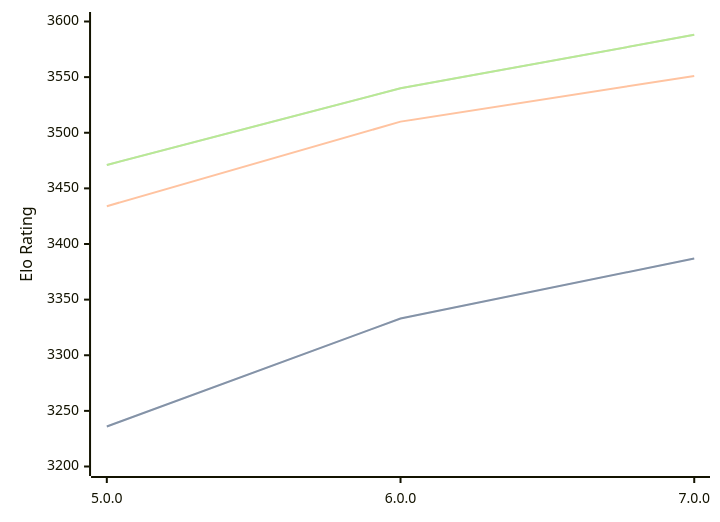
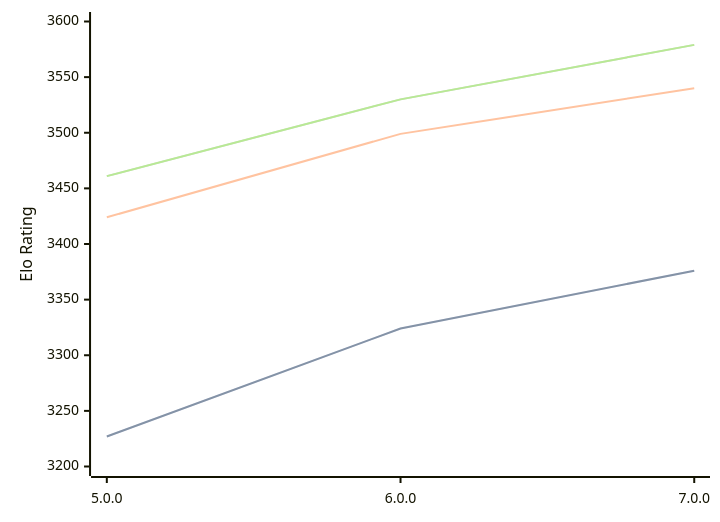
One commit to computer-chess-index/cci changed the diagram in engines/Stormphrax.md. Above: the diagram before and after it, drawn with Mermaid. The commit also changed other lines of this file, not shown here.

Commit message:
Update CCI Ratings (ELO VLTC) - 2026-03-19

````diff
--- a/engines/Stormphrax.md
+++ b/engines/Stormphrax.md
@@ -36,11 +36,11 @@
 ```mermaid
 %%{init: {"theme":"base","themeVariables":{"seriesColors:['#a3a3a3','#222221','#faa371']}}}%%
 xychart-beta
   x-axis ["5.0.0", "6.0.0", "7.0.0"]
   y-axis "Elo Rating" 3200 --> 3600
-  line "STC (8.0+0.08s)" [3236, 3333, 3387]
-  line "STC (8.0+0.08s)" [3236, 3333, 3387]
-  line "LTC (60.0+0.60s)" [3434, 3510, 3551]
-  line "VLTC (2m24s+1.12s)" [3471, 3540, 3588]
-  line "VLTC (2m24s+1.12s)" [3471, 3540, 3588]
+  line "STC (8.0+0.08s)" [3227, 3324, 3376]
+  line "STC (8.0+0.08s)" [3227, 3324, 3376]
+  line "LTC (60.0+0.60s)" [3424, 3499, 3540]
+  line "VLTC (2m24s+1.12s)" [3461, 3530, 3579]
+  line "VLTC (2m24s+1.12s)" [3461, 3530, 3579]
 ```
````
